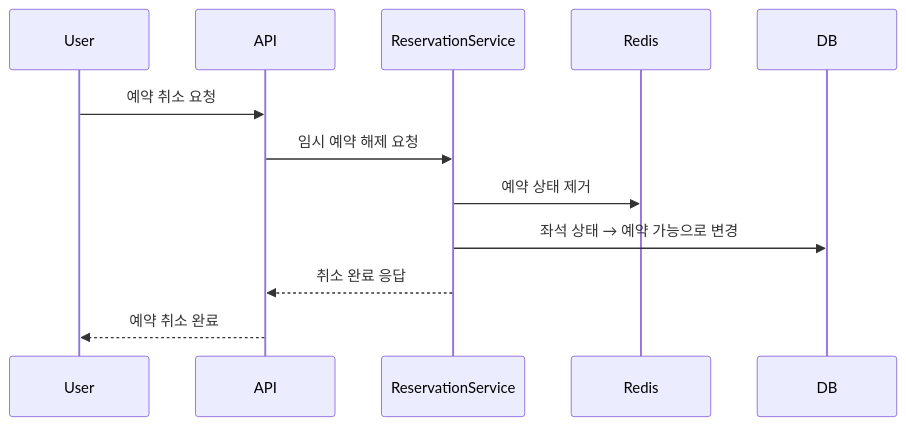
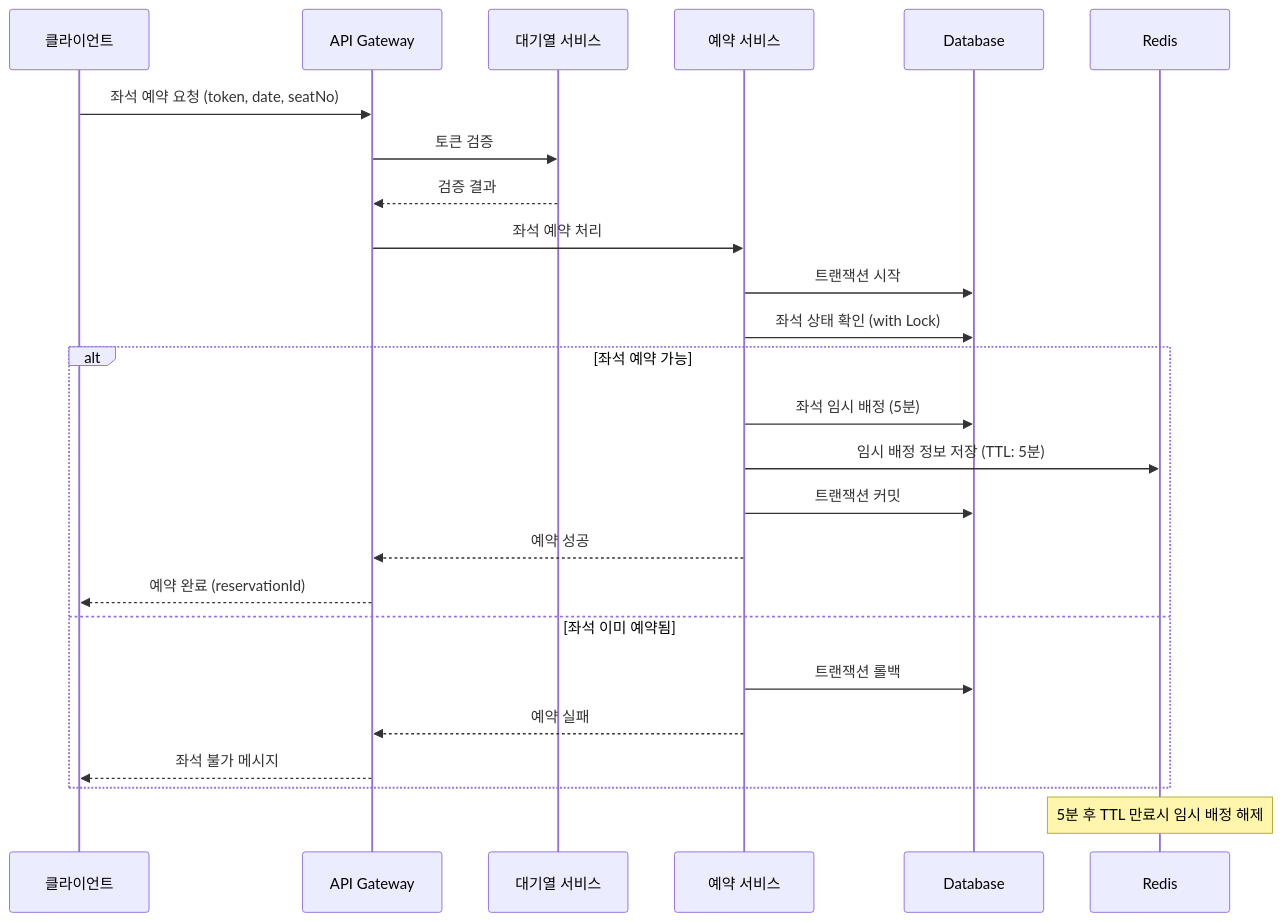
Before and after one commit to woolfie1101/hh-server-2: the third of 6 diagrams in docs/sequence.md, drawn with Mermaid. The commit also changed other lines of this file, not shown here.

Commit message:
시퀀스 다이어그램 수정

````diff
--- a/docs/sequence.md
+++ b/docs/sequence.md
@@ -73,15 +70,31 @@
 ```mermaid
 sequenceDiagram
-    participant User
-    participant API
-    participant ReservationService
-    participant Redis
-    participant DB
+    participant Client as 클라이언트
+    participant API as API Gateway
+    participant QueueService as 대기열 서비스
+    participant ReservationService as 예약 서비스
+    participant DB as Database
+    participant Redis as Redis
 
-    User->>API: 예약 취소 요청
-    API->>ReservationService: 임시 예약 해제 요청
-    ReservationService->>Redis: 예약 상태 제거
-    ReservationService->>DB: 좌석 상태 → 예약 가능으로 변경
-    ReservationService-->>API: 취소 완료 응답
-    API-->>User: 예약 취소 완료
+    Client->>API: 좌석 예약 요청 (token, date, seatNo)
+    API->>QueueService: 토큰 검증
+    QueueService-->>API: 검증 결과
+
+    API->>ReservationService: 좌석 예약 처리
+    ReservationService->>DB: 트랜잭션 시작
+    ReservationService->>DB: 좌석 상태 확인 (with Lock)
+    
+    alt 좌석 예약 가능
+        ReservationService->>DB: 좌석 임시 배정 (5분)
+        ReservationService->>Redis: 임시 배정 정보 저장 (TTL: 5분)
+        ReservationService->>DB: 트랜잭션 커밋
+        ReservationService-->>API: 예약 성공
+        API-->>Client: 예약 완료 (reservationId)
+    else 좌석 이미 예약됨
+        ReservationService->>DB: 트랜잭션 롤백
+        ReservationService-->>API: 예약 실패
+        API-->>Client: 좌석 불가 메시지
+    end
+
+    Note over Redis: 5분 후 TTL 만료시 임시 배정 해제
 ```
````
